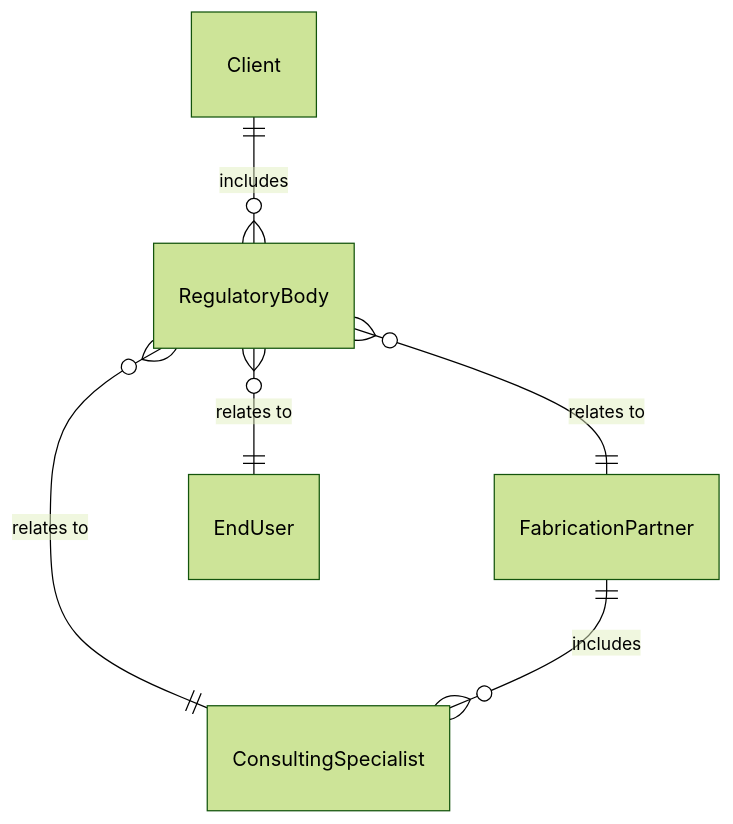
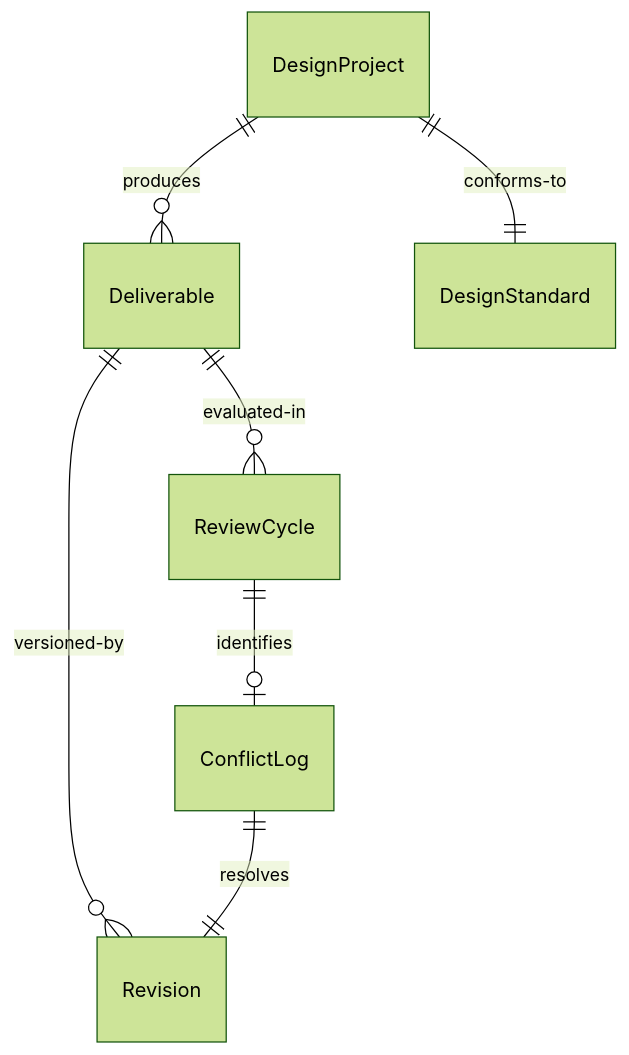
The first of 4 diagrams in GuidingDirectingAndMotivatingSubordinates/DirectScientificOrTechnicalActivities/CoordinateDesignActivities.mdx (dot-org-ai/tasks.org.ai), drawn with Mermaid (forest theme) before and after one commit. The commit also changed other lines of this file and 515 other files, not shown here.

````diff
--- a/GuidingDirectingAndMotivatingSubordinates/DirectScientificOrTechnicalActivities/CoordinateDesignActivities.mdx
+++ b/GuidingDirectingAndMotivatingSubordinates/DirectScientificOrTechnicalActivities/CoordinateDesignActivities.mdx
@@ -88,8 +88,9 @@
 ```mermaid
 erDiagram
-    Client ||--o{ RegulatoryBody : includes
-    RegulatoryBody }o--|| FabricationPartner : "relates to"
-    RegulatoryBody }o--|| ConsultingSpecialist : "relates to"
-    RegulatoryBody }o--|| EndUser : "relates to"
-    FabricationPartner ||--o{ ConsultingSpecialist : includes
+    DesignProject ||--o{ Deliverable : "produces"
+    Deliverable ||--o{ ReviewCycle : "evaluated-in"
+    Deliverable ||--o{ Revision : "versioned-by"
+    DesignProject ||--|| DesignStandard : "conforms-to"
+    ReviewCycle ||--o| ConflictLog : "identifies"
+    ConflictLog ||--|| Revision : "resolves"
 ```
````
